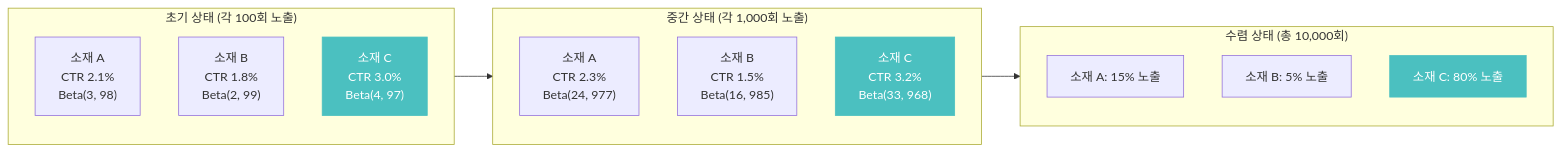
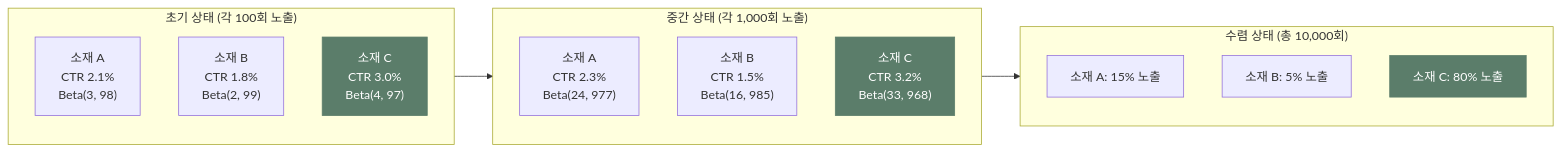
One commit to chkimsu/adtech-blog changed the second of 5 diagrams in posts/exploration-exploitation.md. Above: the diagram before and after it, drawn with Mermaid. The commit also changed other lines of this file and 40 other files, not shown here.

````diff
--- a/posts/exploration-exploitation.md
+++ b/posts/exploration-exploitation.md
@@ -191,26 +191,26 @@
 ```mermaid
 graph LR
     subgraph Initial["초기 상태 (각 100회 노출)"]
         A1["소재 A<br/>CTR 2.1%<br/>Beta(3, 98)"]
         B1["소재 B<br/>CTR 1.8%<br/>Beta(2, 99)"]
         C1["소재 C<br/>CTR 3.0%<br/>Beta(4, 97)"]
     end
 
     subgraph Mid["중간 상태 (각 1,000회 노출)"]
         A2["소재 A<br/>CTR 2.3%<br/>Beta(24, 977)"]
         B2["소재 B<br/>CTR 1.5%<br/>Beta(16, 985)"]
         C2["소재 C<br/>CTR 3.2%<br/>Beta(33, 968)"]
     end
 
     subgraph Final["수렴 상태 (총 10,000회)"]
         A3["소재 A: 15% 노출"]
         B3["소재 B: 5% 노출"]
         C3["소재 C: 80% 노출"]
     end
 
     Initial --> Mid --> Final
 
-    style C1 fill:#4bc0c0,stroke:#4bc0c0,color:#fff
-    style C2 fill:#4bc0c0,stroke:#4bc0c0,color:#fff
-    style C3 fill:#4bc0c0,stroke:#4bc0c0,color:#fff
+    style C1 fill:#5b7d6a,stroke:#5b7d6a,color:#fff
+    style C2 fill:#5b7d6a,stroke:#5b7d6a,color:#fff
+    style C3 fill:#5b7d6a,stroke:#5b7d6a,color:#fff
 ```
````
